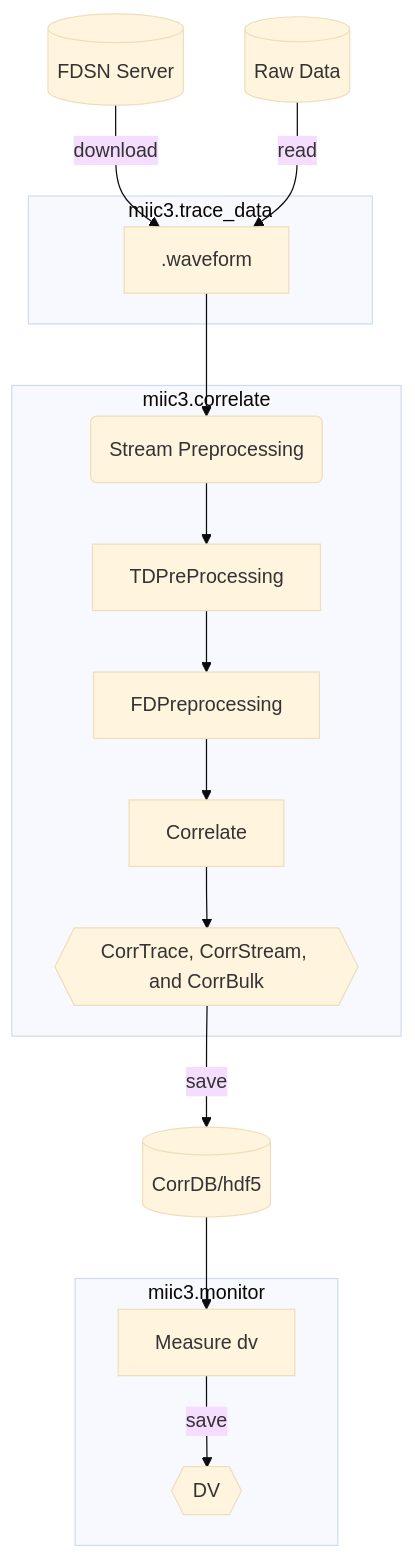
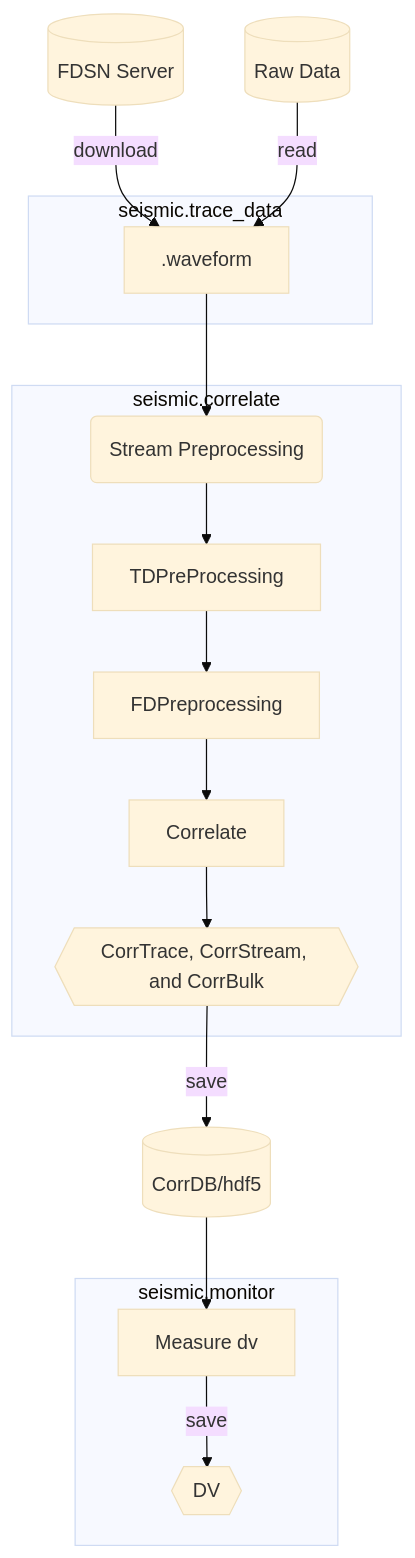
Before and after one commit to PeterMakus/SeisMIC: the diagram in docs/source/index.rst, drawn with Mermaid. The commit also changed other lines of this file and 141 other files, not shown here.

```diff
--- a/docs/source/index.rst
+++ b/docs/source/index.rst
@@ -26,32 +30,32 @@
 .. mermaid::
 
     %%{init: { 'logLevel': 'debug', 'theme': 'base' } }%%
     graph TD
         fdsn[(FDSN Server)] -->|download| waveform
         raw[(Raw Data)] -->|read| waveform
         waveform[.waveform] --> preprocess_st(Stream Preprocessing)
-        subgraph miic3.trace_data
+        subgraph seismic.trace_data
         waveform
         end
-        subgraph miic3.correlate
+        subgraph seismic.correlate
         preprocess_st --> preprocessing_td[TDPreProcessing]
         preprocessing_td --> preprocessing_fd[FDPreprocessing]
         preprocessing_fd --> correlate[Correlate]
         correlate --> stream{{CorrTrace, CorrStream, and CorrBulk}}
         end
         stream -->|save| corrdb[(CorrDB/hdf5)]
         corrdb --> monitor
-        subgraph miic3.monitor
+        subgraph seismic.monitor
         monitor[Measure dv] -->|save| dv{{DV}}
         end
         click waveform "./modules/trace_data.html" "trace_data"
-        click miic3.correlate "./modules/correlate.html" "correlate"
+        click seismic.correlate "./modules/correlate.html" "correlate"
         click preprocess_st "./modules/correlate/get_started.html#preprocessing-arguments" "preprocessing"
         click preprocessing_fd "./modules/correlate/get_started.html#preprocessing-arguments" "preprocessing"
         click preprocessing_td "./modules/correlate/get_started.html#preprocessing-arguments" "preprocessing"
         click correlate "./modules/correlate.html" "correlate"
         click stream "./modules/correlate/stream.html" "CorrStream"
         click corrdb "./modules/corrdb.html" "CorrDB"
         click monitor "./modules/monitor.html" "Monitor"
         click dv "./modules/monitor/dv.html" "DV"
         classDef active fill:#f666, stroke-width:4px, stroke:#f06;
```
